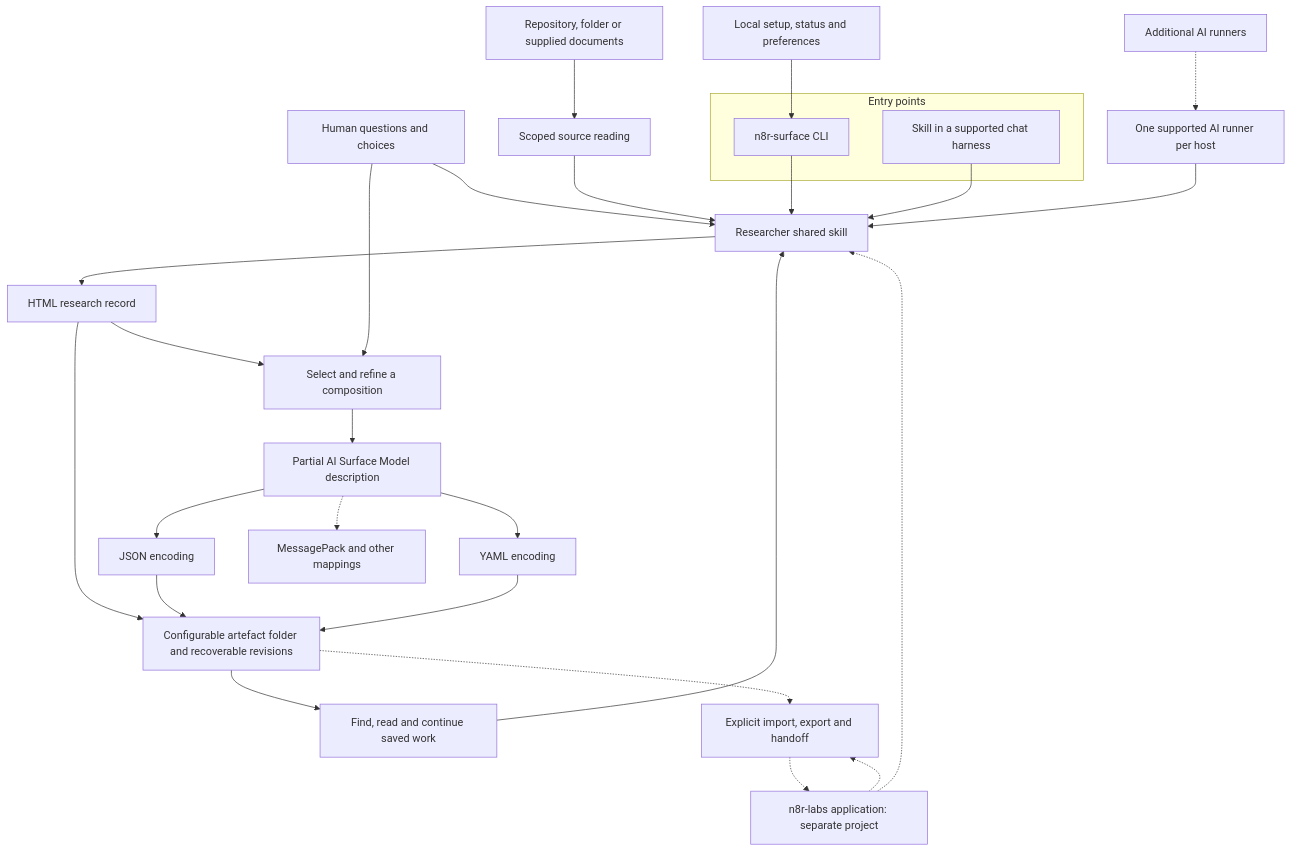
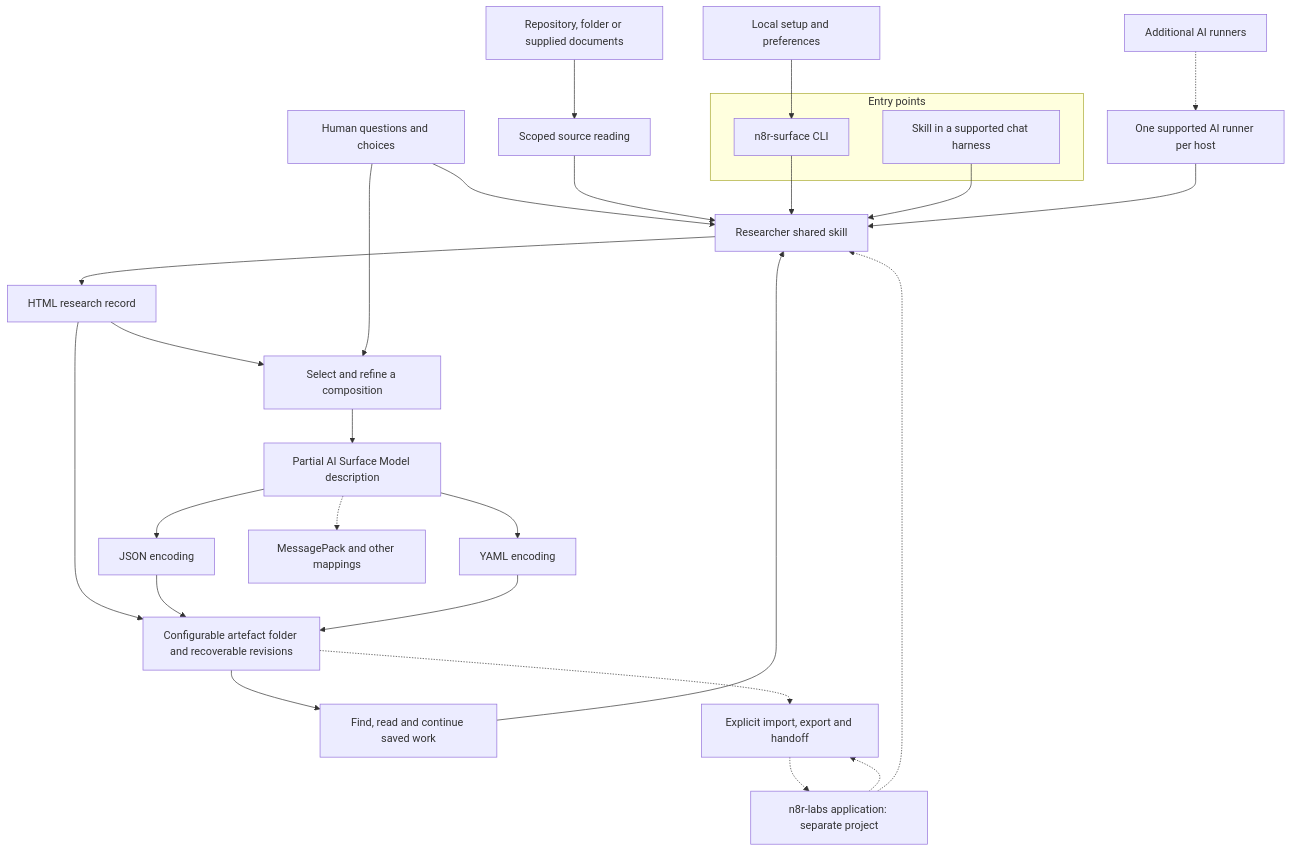
The diagram in docs/n8r-surface/README.md (injectionator/ai-surface-model), drawn with Mermaid before and after one commit. The commit also changed other lines of this file and 19 other files, not shown here.

````diff
--- a/docs/n8r-surface/README.md
+++ b/docs/n8r-surface/README.md
@@ -37,35 +40,35 @@
 ```mermaid
 flowchart TD
     Sources[Repository, folder or supplied documents] --> Read[Scoped source reading]
     Human[Human questions and choices] --> Researcher[Researcher shared skill]
     Read --> Researcher
 
     subgraph Hosts[Entry points]
         CLI[n8r-surface CLI]
         Chat[Skill in a supported chat harness]
     end
     CLI --> Researcher
     Chat --> Researcher
     AI[One supported AI runner per host] --> Researcher
     MoreAI[Additional AI runners] -.-> AI
-    Setup[Local setup, status and preferences] --> CLI
+    Setup[Local setup and preferences] --> CLI
 
     Researcher --> Record[HTML research record]
     Record --> Compose[Select and refine a composition]
     Human --> Compose
     Compose --> Model[Partial AI Surface Model description]
     Model --> JSON[JSON encoding]
     Model --> YAML[YAML encoding]
     Model -.-> Other[MessagePack and other mappings]
 
     Record --> Corpus[Configurable artefact folder and recoverable revisions]
     JSON --> Corpus
     YAML --> Corpus
     Corpus --> Resume[Find, read and continue saved work]
     Resume --> Researcher
 
     Corpus -.-> Exchange[Explicit import, export and handoff]
     Exchange -.-> Lab[n8r-labs application: separate project]
     Lab -.-> Exchange
     Lab -.-> Researcher
 ```
````
